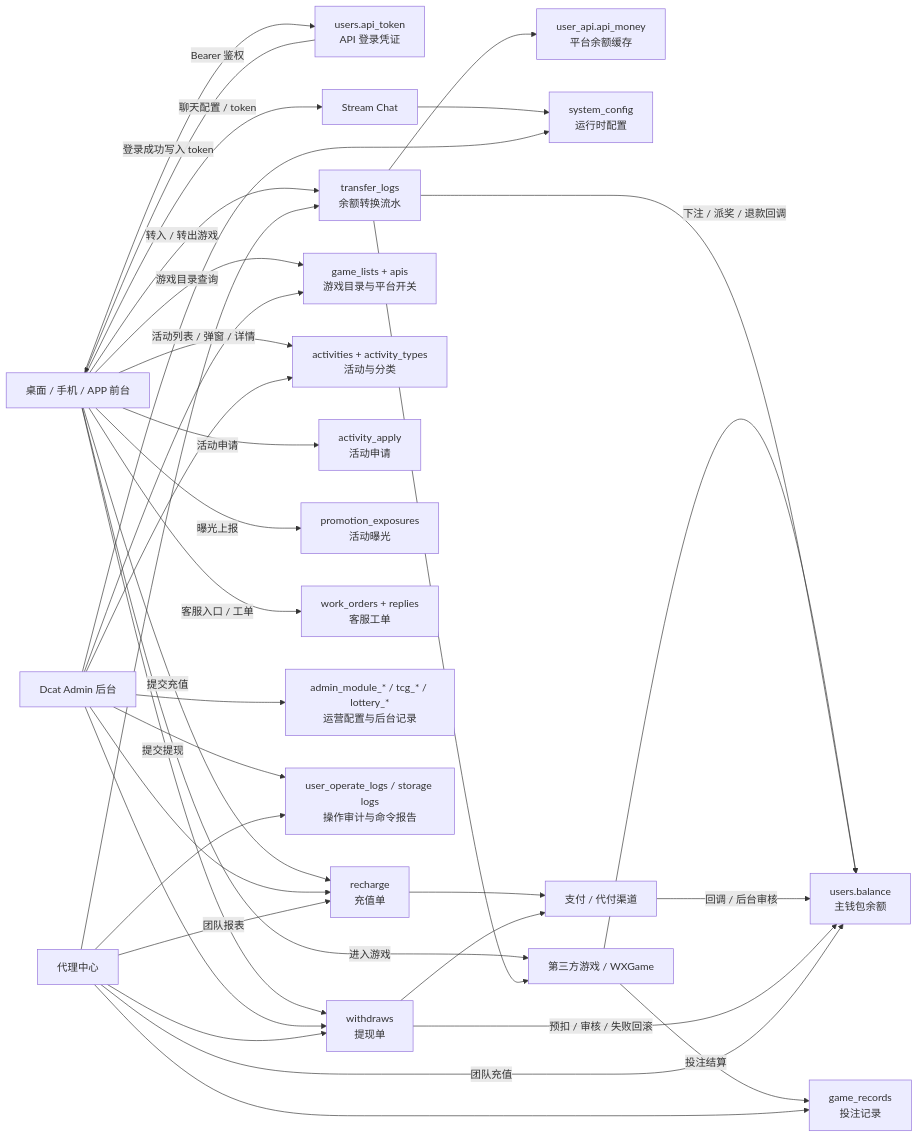
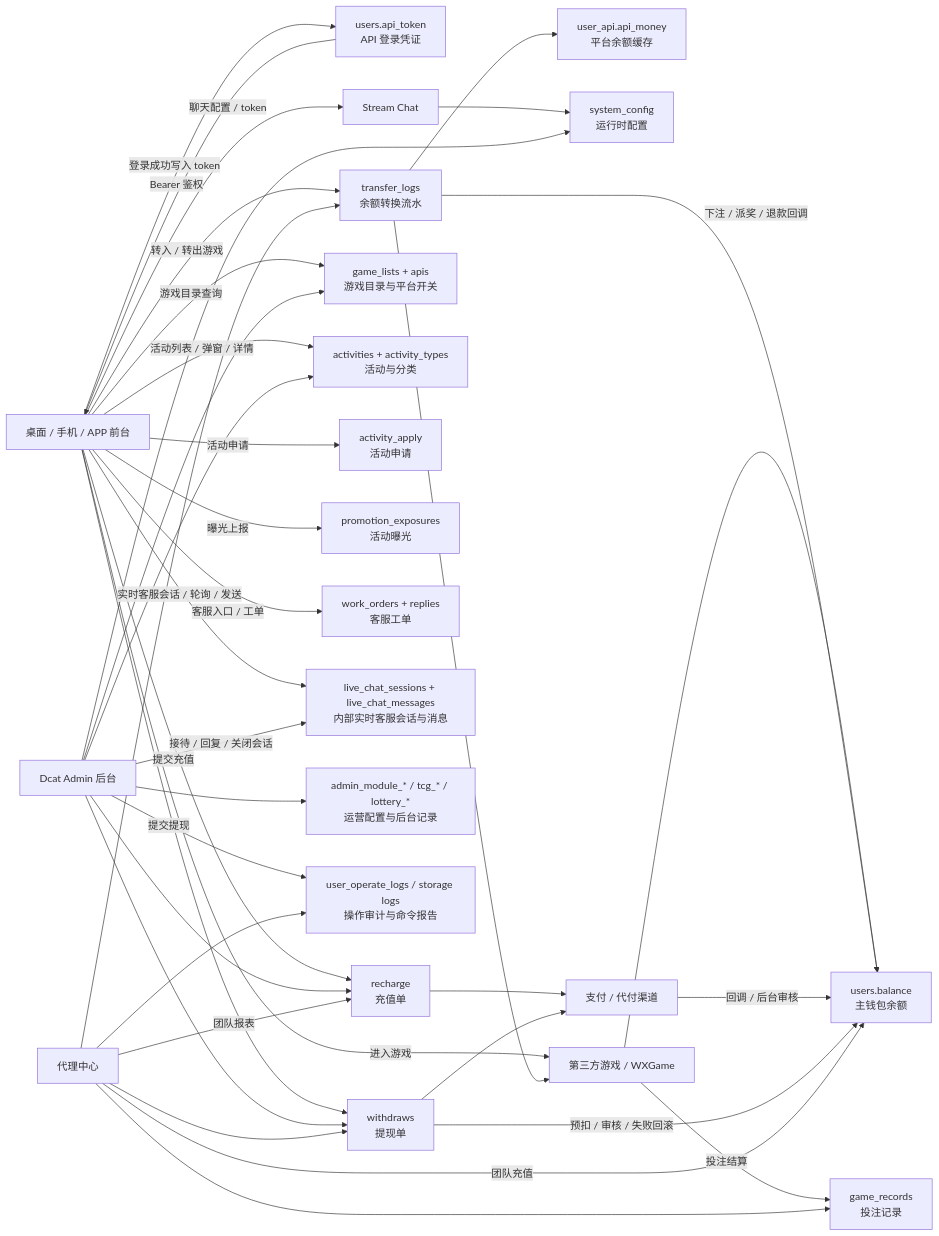
One commit to endian001/javaxiangmu changed the second of 5 diagrams in javaxiangmu-docs/01-technical-architecture.md. Above: the diagram before and after it, drawn with Mermaid. The commit also changed other lines of this file and 13 other files, not shown here.

````diff
--- a/javaxiangmu-docs/01-technical-architecture.md
+++ b/javaxiangmu-docs/01-technical-architecture.md
@@ -288,70 +293,73 @@
 ```mermaid
 flowchart LR
     Frontend["桌面 / 手机 / APP 前台"]
     Admin["Dcat Admin 后台"]
     Agent["代理中心"]
 
     Token["users.api_token\nAPI 登录凭证"]
     UserBalance["users.balance\n主钱包余额"]
     PlatformBalance["user_api.api_money\n平台余额缓存"]
     TransferLog["transfer_logs\n余额转换流水"]
     Recharge["recharge\n充值单"]
     Withdraw["withdraws\n提现单"]
     GameList["game_lists + apis\n游戏目录与平台开关"]
     GameRecord["game_records\n投注记录"]
     Activity["activities + activity_types\n活动与分类"]
     ActivityApply["activity_apply\n活动申请"]
     Exposure["promotion_exposures\n活动曝光"]
     WorkOrder["work_orders + replies\n客服工单"]
+    LiveChat["live_chat_sessions + live_chat_messages\n内部实时客服会话与消息"]
     Config["system_config\n运行时配置"]
     AdminOps["admin_module_* / tcg_* / lottery_*\n运营配置与后台记录"]
     Audit["user_operate_logs / storage logs\n操作审计与命令报告"]
 
     GameVendor["第三方游戏 / WXGame"]
     PayGateway["支付 / 代付渠道"]
     StreamChat["Stream Chat"]
 
     Frontend -->|"登录成功写入 token"| Token
     Token -->|"Bearer 鉴权"| Frontend
 
     Frontend -->|"游戏目录查询"| GameList
     Frontend -->|"进入游戏"| GameVendor
     GameVendor -->|"下注 / 派奖 / 退款回调"| UserBalance
     GameVendor -->|"投注结算"| GameRecord
 
     Frontend -->|"转入 / 转出游戏"| TransferLog
     TransferLog --> UserBalance
     TransferLog --> PlatformBalance
     TransferLog --> GameVendor
 
     Frontend -->|"提交充值"| Recharge
     Recharge --> PayGateway
     PayGateway -->|"回调 / 后台审核"| UserBalance
 
     Frontend -->|"提交提现"| Withdraw
     Withdraw --> PayGateway
     Withdraw -->|"预扣 / 审核 / 失败回滚"| UserBalance
 
     Frontend -->|"活动列表 / 弹窗 / 详情"| Activity
     Frontend -->|"活动申请"| ActivityApply
     Frontend -->|"曝光上报"| Exposure
 
     Frontend -->|"客服入口 / 工单"| WorkOrder
+    Frontend -->|"实时客服会话 / 轮询 / 发送"| LiveChat
     Frontend -->|"聊天配置 / token"| StreamChat
     StreamChat --> Config
 
     Admin --> Config
     Admin --> AdminOps
     Admin --> Activity
     Admin --> GameList
     Admin --> Recharge
     Admin --> Withdraw
+    Admin -->|"接待 / 回复 / 关闭会话"| LiveChat
     Admin --> Audit
 
     Agent -->|"团队报表"| Recharge
     Agent --> Withdraw
     Agent --> GameRecord
     Agent --> TransferLog
     Agent -->|"团队充值"| UserBalance
     Agent --> Audit
 ```
````
